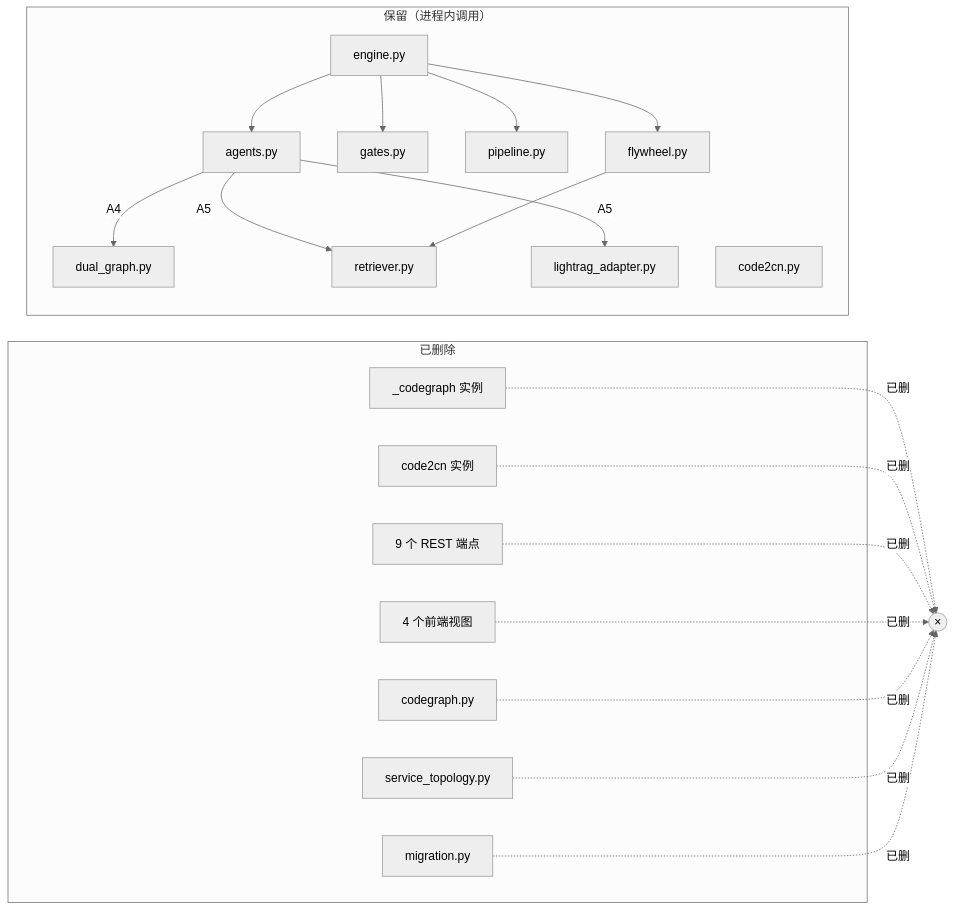
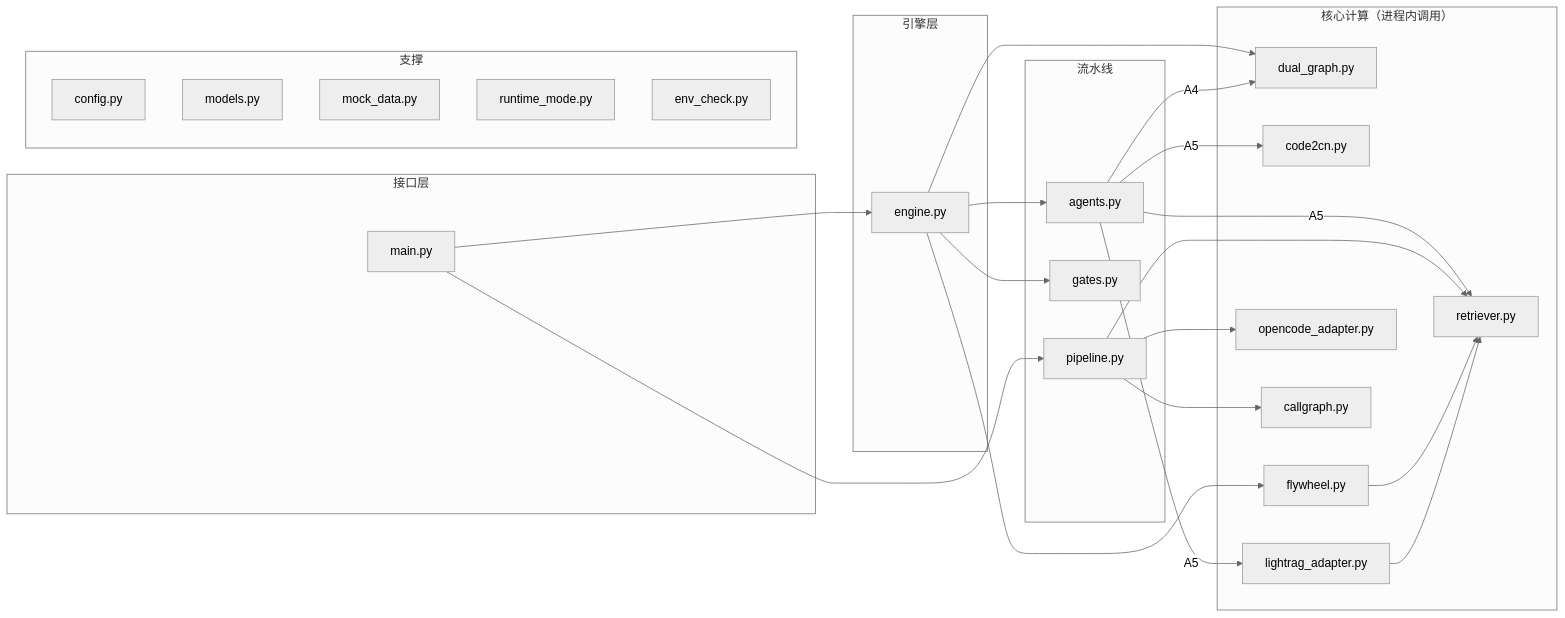
One commit to bigDataZWH/AutoBugFix changed the fifth of 5 diagrams in ARCHITECTURE.md. Above: the diagram before and after it, drawn with Mermaid (neutral theme). The commit also changed other lines of this file, not shown here.

````diff
--- a/ARCHITECTURE.md
+++ b/ARCHITECTURE.md
@@ -336,41 +336,50 @@
 ```mermaid
 flowchart LR
-    subgraph DEL["已删除"]
-        D1["_codegraph 实例"]
-        D2["code2cn 实例"]
-        D3["9 个 REST 端点"]
-        D4["4 个前端视图"]
-        D5["codegraph.py"]
-        D6["service_topology.py"]
-        D7["migration.py"]
+    subgraph BE["接口层"]
+        M[main.py]
     end
 
-    subgraph KEEP["保留（进程内调用）"]
+    subgraph ENG["引擎层"]
         E[engine.py]
-        P[pipeline.py]
+    end
+
+    subgraph PIPE["流水线"]
         A[agents.py]
         G[gates.py]
+        P[pipeline.py]
+    end
+
+    subgraph CORE["核心计算（进程内调用）"]
         DG[dual_graph.py]
         C2[code2cn.py]
         LR[lightrag_adapter.py]
         RET[retriever.py]
         FW[flywheel.py]
+        OC[opencode_adapter.py]
+        CG[callgraph.py]
     end
 
-    D1 -.已删.-> X((×))
-    D2 -.已删.-> X
-    D3 -.已删.-> X
-    D4 -.已删.-> X
-    D5 -.已删.-> X
-    D6 -.已删.-> X
-    D7 -.已删.-> X
+    subgraph SUPP["支撑"]
+        CFG[config.py]
+        MOD[models.py]
+        MD[mock_data.py]
+        RM[runtime_mode.py]
+        EV[env_check.py]
+    end
 
+    M --> E
+    M --> P
     E --> A
     E --> G
-    E --> P
+    E --> DG
+    E --> FW
     A -->|A4| DG
     A -->|A5| RET
     A -->|A5| LR
-    E --> FW
+    A -->|A5| C2
+    P --> RET
+    P --> OC
+    P --> CG
     FW --> RET
+    LR --> RET
 ```
````
